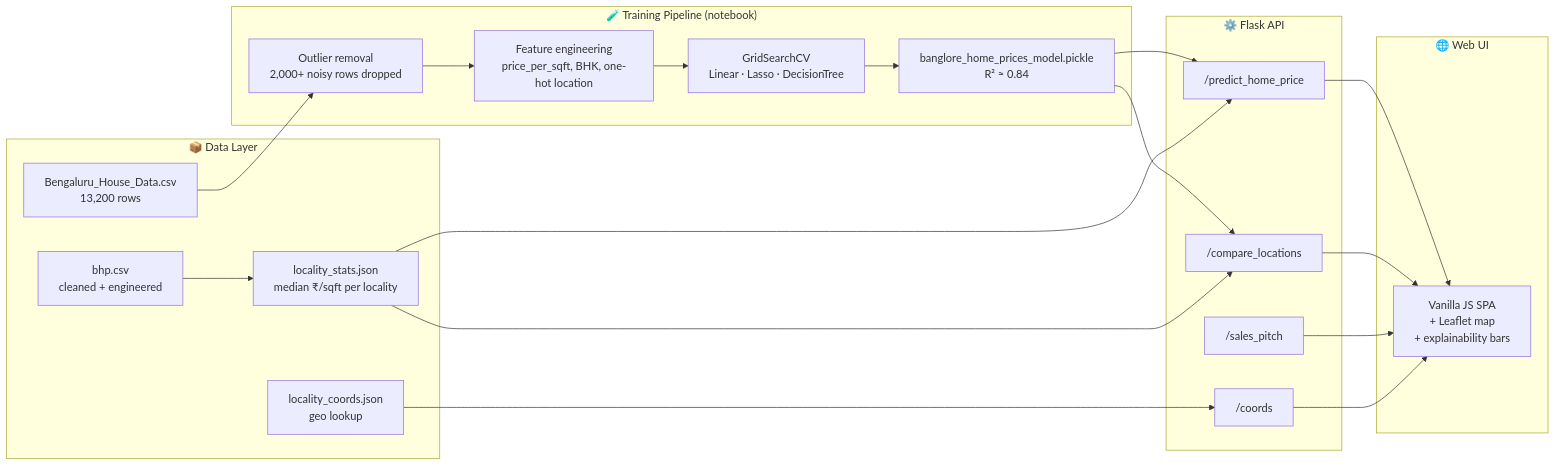
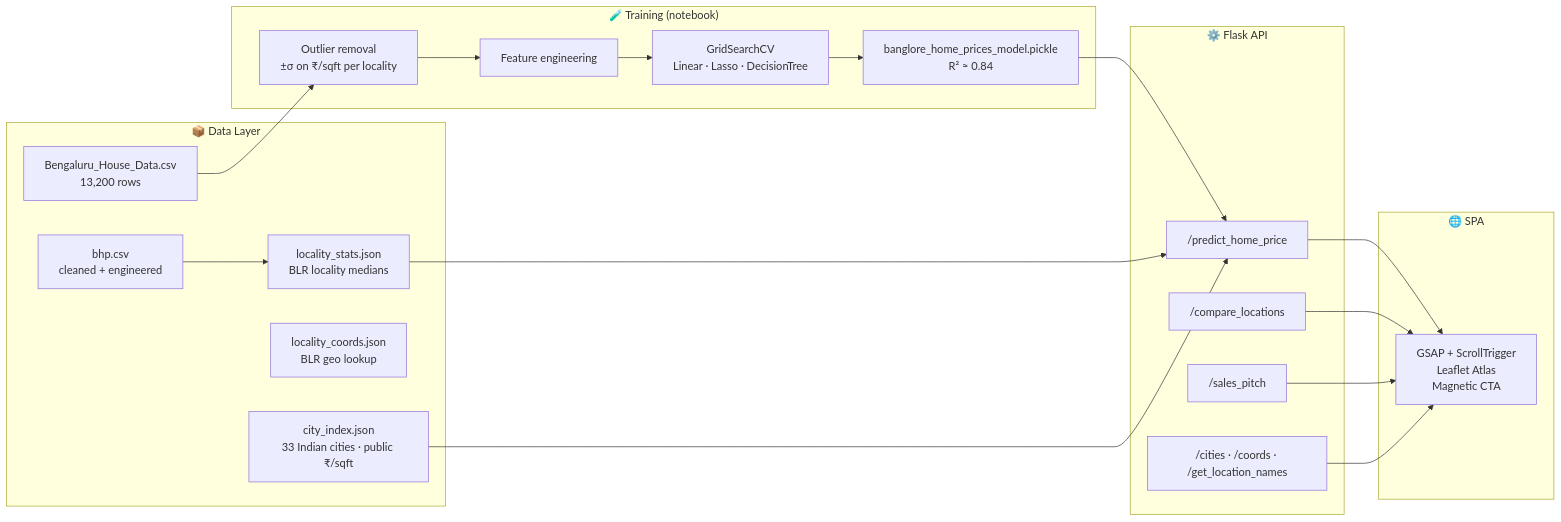
One commit to Vaishnavi-Dubey/price_prediction changed the diagram in README.md. Above: the diagram before and after it, drawn with Mermaid. The commit also changed other lines of this file and 6 other files, not shown here.

````diff
--- a/README.md
+++ b/README.md
@@ -49,34 +63,34 @@
 ```mermaid
 flowchart LR
     subgraph Data["📦 Data Layer"]
         A[Bengaluru_House_Data.csv<br/>13,200 rows]
         B[bhp.csv<br/>cleaned + engineered]
-        S[locality_stats.json<br/>median ₹/sqft per locality]
-        G[locality_coords.json<br/>geo lookup]
+        S[locality_stats.json<br/>BLR locality medians]
+        G[locality_coords.json<br/>BLR geo lookup]
+        I[city_index.json<br/>33 Indian cities · public ₹/sqft]
     end
 
-    subgraph Train["🧪 Training Pipeline (notebook)"]
-        C[Outlier removal<br/>2,000+ noisy rows dropped]
-        D[Feature engineering<br/>price_per_sqft, BHK, one-hot location]
+    subgraph Train["🧪 Training (notebook)"]
+        C[Outlier removal<br/>±σ on ₹/sqft per locality]
+        D[Feature engineering]
         E[GridSearchCV<br/>Linear · Lasso · DecisionTree]
         F[banglore_home_prices_model.pickle<br/>R² ≈ 0.84]
     end
 
     subgraph API["⚙️ Flask API"]
         H["/predict_home_price"]
-        I["/compare_locations"]
-        J["/sales_pitch"]
-        K["/coords"]
+        J["/compare_locations"]
+        K["/sales_pitch"]
+        M["/cities · /coords · /get_location_names"]
     end
 
-    subgraph UI["🌐 Web UI"]
-        L[Vanilla JS SPA<br/>+ Leaflet map<br/>+ explainability bars]
+    subgraph UI["🌐 SPA"]
+        L[GSAP + ScrollTrigger<br/>Leaflet Atlas<br/>Magnetic CTA]
     end
 
     A --> C --> D --> E --> F
     B --> S
-    F --> H & I
-    S --> H & I
-    G --> K
-    H & I & J & K --> L
+    F & S --> H
+    I --> H
+    H & J & K & M --> L
 ```
````
